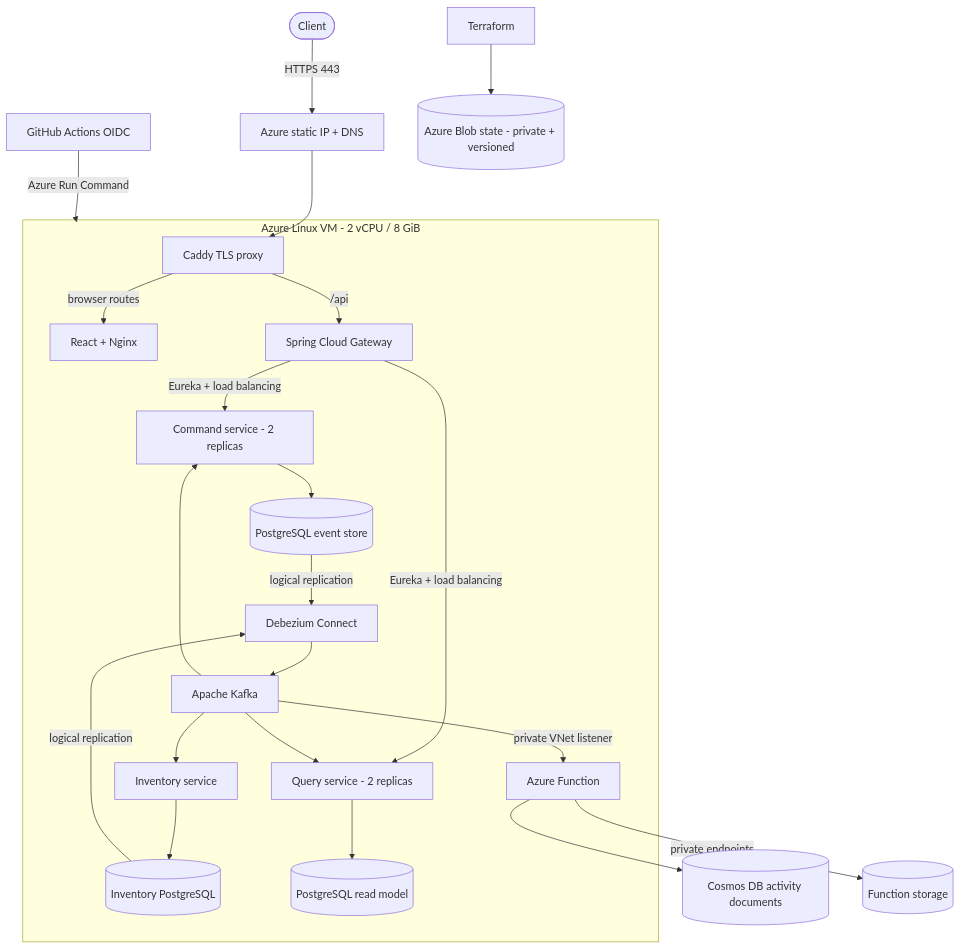
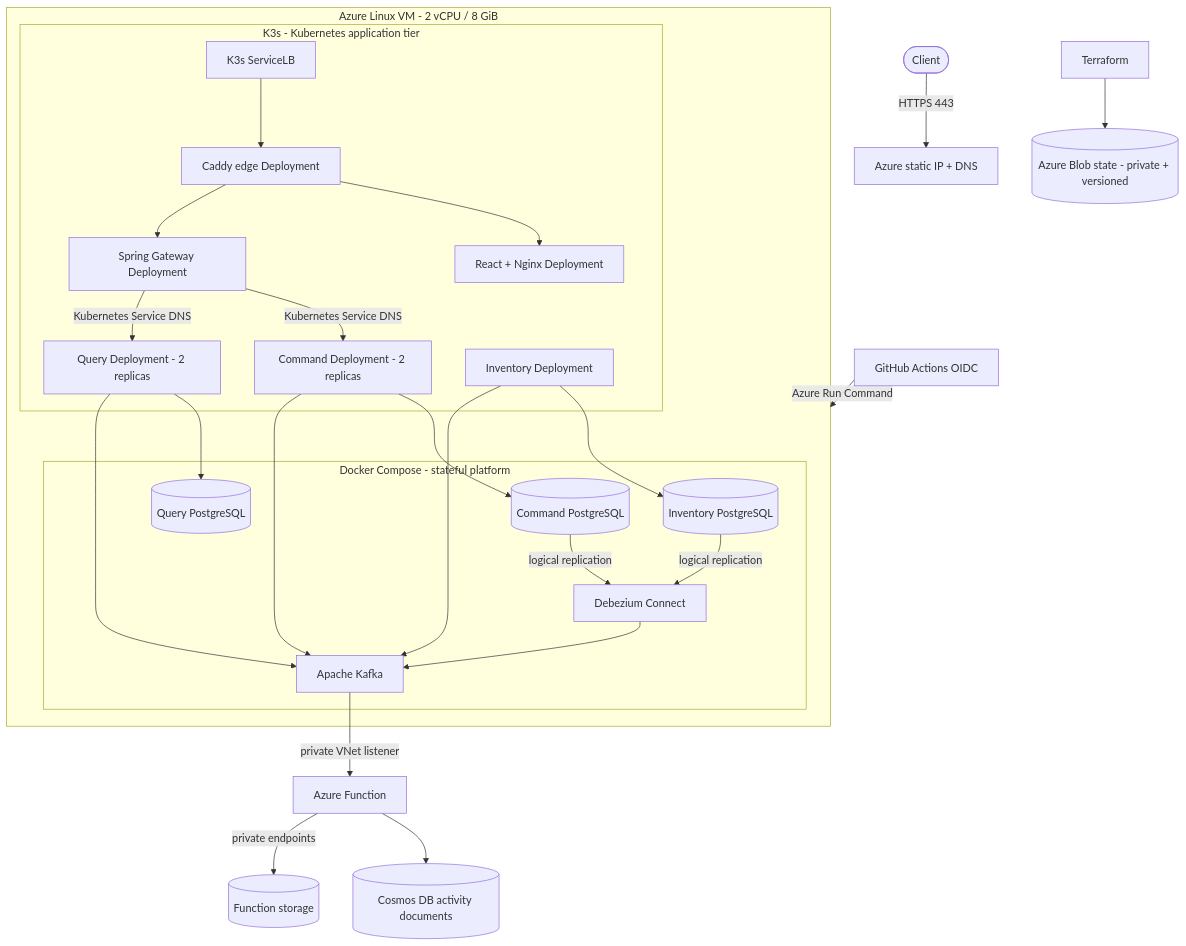
The diagram in docs/azure-deployment.md (karacsonybarni/event-sourced-cqrs-microservices), drawn with Mermaid before and after one commit. The commit also changed other lines of this file and 35 other files, not shown here.

Commit message:
Add Kubernetes application tier for Azure

````diff
--- a/docs/azure-deployment.md
+++ b/docs/azure-deployment.md
@@ -17,28 +17,35 @@
 ```mermaid
 flowchart TB
     Internet([Client]) -->|HTTPS 443| IP[Azure static IP + DNS]
-    IP --> Caddy[Caddy TLS proxy]
 
     subgraph VM[Azure Linux VM - 2 vCPU / 8 GiB]
-        Caddy -->|browser routes| Frontend[React + Nginx]
-        Caddy -->|/api| Gateway[Spring Cloud Gateway]
-        Gateway -->|Eureka + load balancing| Command[Command service - 2 replicas]
-        Gateway -->|Eureka + load balancing| Query[Query service - 2 replicas]
-        Command --> EventStore[(PostgreSQL event store)]
-        EventStore -->|logical replication| Debezium[Debezium Connect]
-        Debezium --> Kafka[Apache Kafka]
-        Kafka --> Inventory[Inventory service]
-        Inventory --> InventoryDB[(Inventory PostgreSQL)]
-        InventoryDB -->|logical replication| Debezium
-        Kafka --> Command
-        Kafka --> Query
-        Query --> QueryDB[(PostgreSQL read model)]
-        Kafka -->|private VNet listener| Function[Azure Function]
+        subgraph K3s[K3s - Kubernetes application tier]
+            ServiceLB[K3s ServiceLB] --> Caddy[Caddy edge Deployment]
+            Caddy --> Frontend[React + Nginx Deployment]
+            Caddy --> Gateway[Spring Gateway Deployment]
+            Gateway -->|Kubernetes Service DNS| Command[Command Deployment - 2 replicas]
+            Gateway -->|Kubernetes Service DNS| Query[Query Deployment - 2 replicas]
+            Inventory[Inventory Deployment]
+        end
+
+        subgraph Platform[Docker Compose - stateful platform]
+            EventStore[(Command PostgreSQL)] -->|logical replication| Debezium[Debezium Connect]
+            InventoryDB[(Inventory PostgreSQL)] -->|logical replication| Debezium
+            QueryDB[(Query PostgreSQL)]
+            Debezium --> Kafka[Apache Kafka]
+        end
+
+        Command --> EventStore
+        Command --> Kafka
+        Inventory --> InventoryDB
+        Inventory --> Kafka
+        Query --> QueryDB
+        Query --> Kafka
     end
 
+    Kafka -->|private VNet listener| Function[Azure Function]
     Function --> Cosmos[(Cosmos DB activity documents)]
     Function -->|private endpoints| FunctionStorage[(Function storage)]
-
     GitHub[GitHub Actions OIDC] -->|Azure Run Command| VM
     Terraform[Terraform] --> State[(Azure Blob state - private + versioned)]
 ```
````
